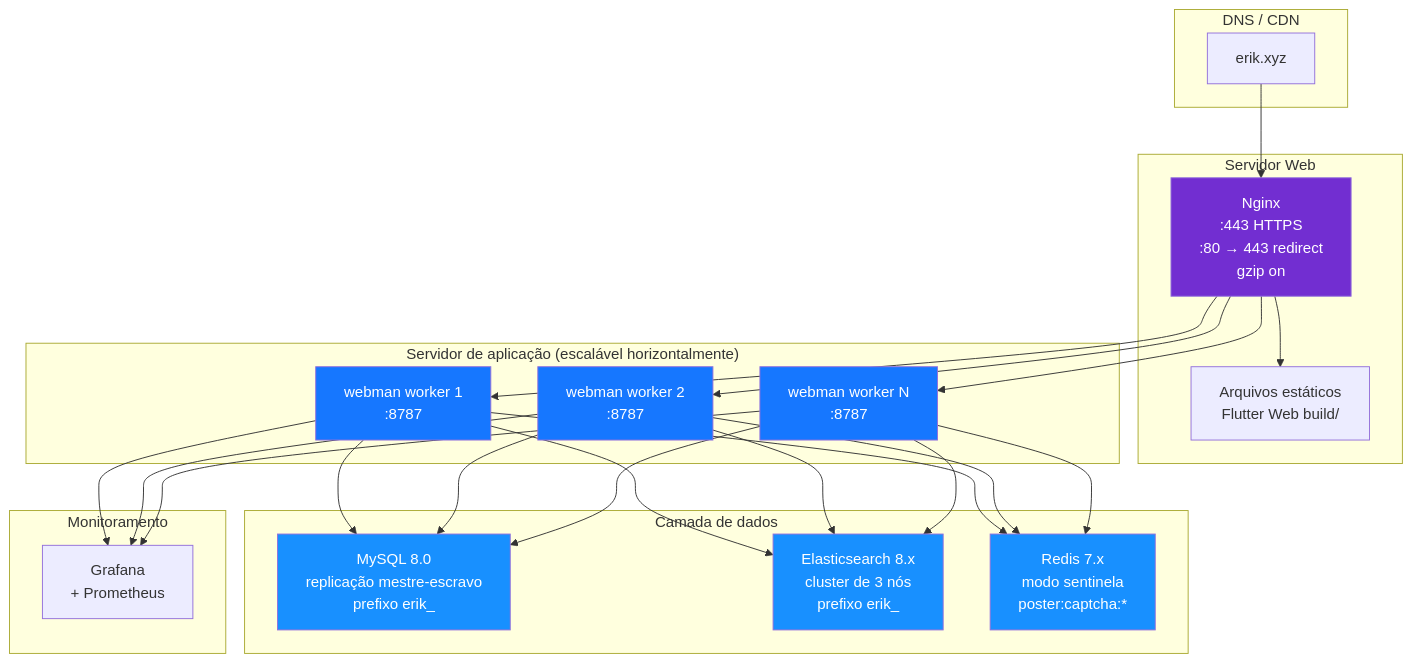
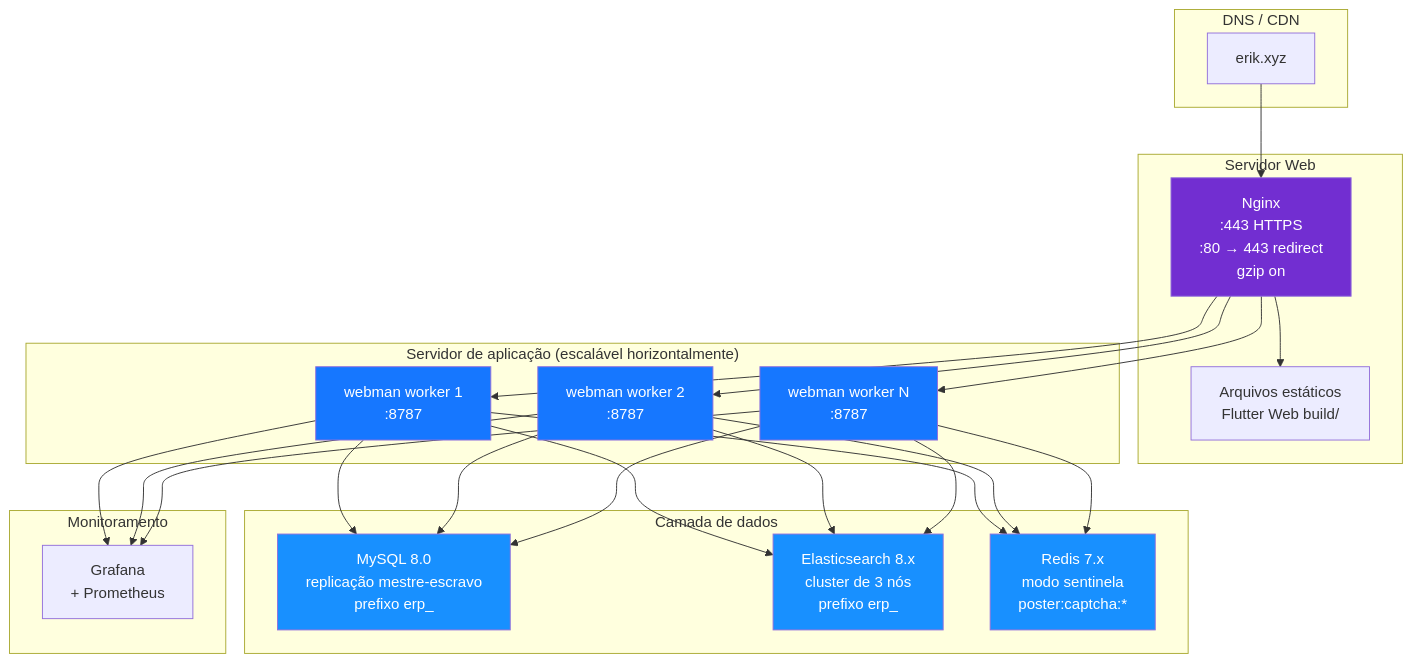
Before and after one commit to erikwang2013/erp-php: diagram 14 of 20 in docs/i18n/pt/ARCHITECTURE.md, drawn with Mermaid. The commit also changed other lines of this file and 449 other files, not shown here.

First line of the commit message:
全局命名统一：数据库 erp、表前缀 erp_、Redis 前缀 erp:（原 erik_/open_admin）

````diff
--- a/docs/i18n/pt/ARCHITECTURE.md
+++ b/docs/i18n/pt/ARCHITECTURE.md
@@ -661,43 +661,43 @@
 ```mermaid
 flowchart TB
     subgraph "DNS / CDN"
         DNS["erik.xyz"]
     end
 
     subgraph "Servidor Web"
         NGX["Nginx<br/>:443 HTTPS<br/>:80 → 443 redirect<br/>gzip on"]
         STA["Arquivos estáticos<br/>Flutter Web build/"]
     end
 
     subgraph "Servidor de aplicação (escalável horizontalmente)"
         WM1["webman worker 1<br/>:8787"]
         WM2["webman worker 2<br/>:8787"]
         WM3["webman worker N<br/>:8787"]
     end
 
     subgraph "Camada de dados"
-        MYSQL["MySQL 8.0<br/>replicação mestre-escravo<br/>prefixo erik_"]
-        ES["Elasticsearch 8.x<br/>cluster de 3 nós<br/>prefixo erik_"]
+        MYSQL["MySQL 8.0<br/>replicação mestre-escravo<br/>prefixo erp_"]
+        ES["Elasticsearch 8.x<br/>cluster de 3 nós<br/>prefixo erp_"]
         REDIS["Redis 7.x<br/>modo sentinela<br/>poster:captcha:*"]
     end
 
     subgraph "Monitoramento"
         MON["Grafana<br/>+ Prometheus"]
     end
 
     DNS --> NGX
     NGX --> STA
     NGX --> WM1 & WM2 & WM3
     WM1 & WM2 & WM3 --> MYSQL
     WM1 & WM2 & WM3 --> ES
     WM1 & WM2 & WM3 --> REDIS
     WM1 & WM2 & WM3 --> MON
 
     style NGX fill:#722ED1,color:#fff
     style WM1 fill:#1677FF,color:#fff
     style WM2 fill:#1677FF,color:#fff
     style WM3 fill:#1677FF,color:#fff
     style MYSQL fill:#1890FF,color:#fff
     style ES fill:#1890FF,color:#fff
     style REDIS fill:#1890FF,color:#fff
 ```
````
